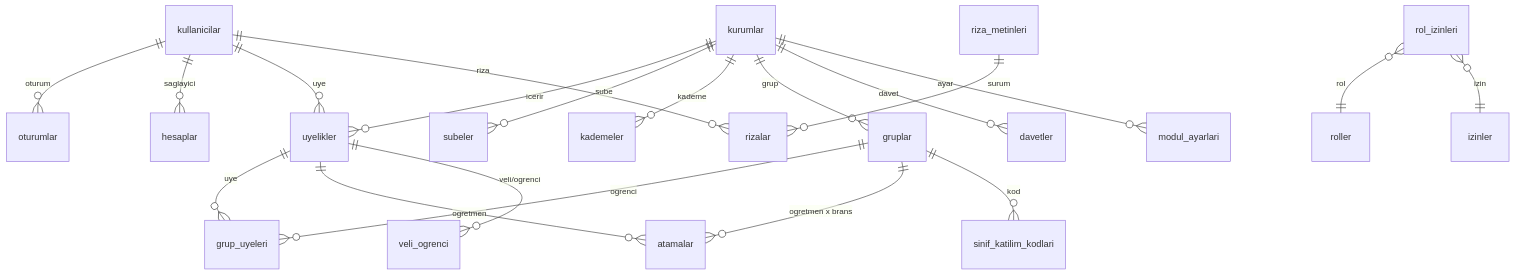
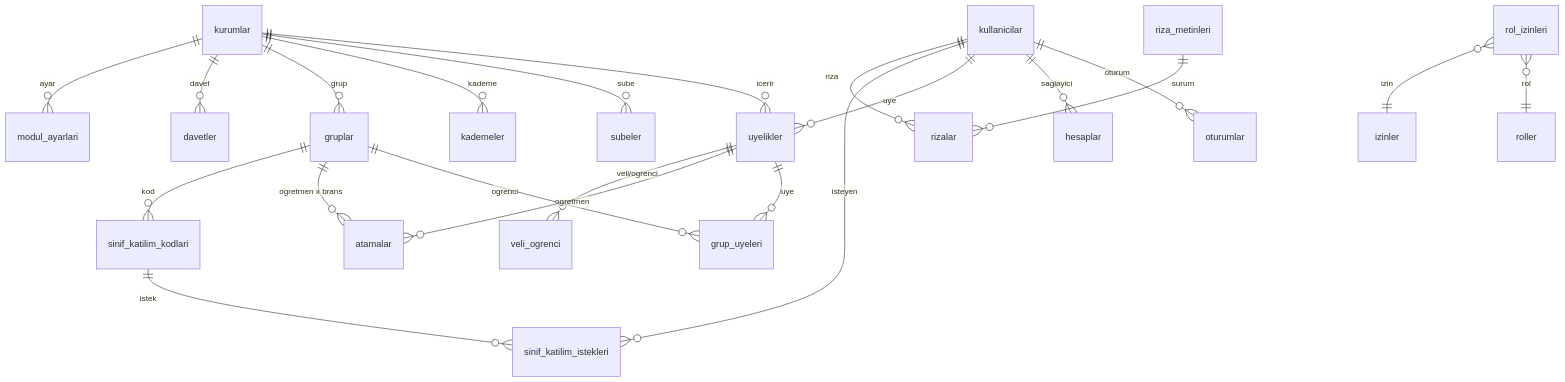
One commit to suleymanbrbr/kopru_digital changed the second of 6 diagrams in docs/schema/api.md. Above: the diagram before and after it, drawn with Mermaid. The commit also changed other lines of this file and 1 other file, not shown here.

Commit message:
docs(schema): sinif katilim istekleri ve uclar; docs: sinif-kodu-akisi betigi

````diff
--- a/docs/schema/api.md
+++ b/docs/schema/api.md
@@ -81,22 +81,24 @@
 ```mermaid
 erDiagram
   kullanicilar ||--o{ oturumlar : "oturum"
   kullanicilar ||--o{ hesaplar : "saglayici"
   kullanicilar ||--o{ uyelikler : "uye"
   kurumlar ||--o{ uyelikler : "icerir"
   kurumlar ||--o{ subeler : "sube"
   kurumlar ||--o{ kademeler : "kademe"
   kurumlar ||--o{ gruplar : "grup"
   gruplar ||--o{ grup_uyeleri : "ogrenci"
   uyelikler ||--o{ grup_uyeleri : "uye"
   gruplar ||--o{ atamalar : "ogretmen x brans"
   uyelikler ||--o{ atamalar : "ogretmen"
   uyelikler ||--o{ veli_ogrenci : "veli/ogrenci"
   kurumlar ||--o{ davetler : "davet"
   gruplar ||--o{ sinif_katilim_kodlari : "kod"
+  sinif_katilim_kodlari ||--o{ sinif_katilim_istekleri : "istek"
+  kullanicilar ||--o{ sinif_katilim_istekleri : "isteyen"
   kurumlar ||--o{ modul_ayarlari : "ayar"
   kullanicilar ||--o{ rizalar : "riza"
   riza_metinleri ||--o{ rizalar : "surum"
   rol_izinleri }o--|| roller : "rol"
   rol_izinleri }o--|| izinler : "izin"
 ```
````
